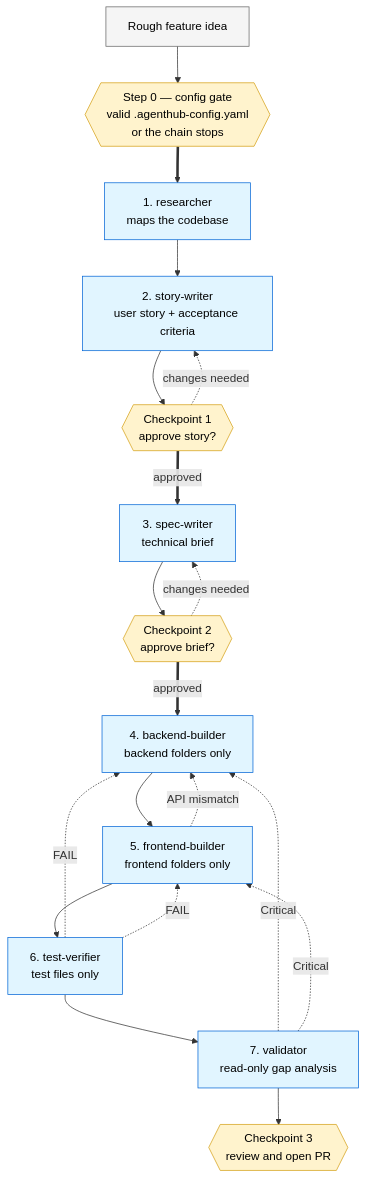
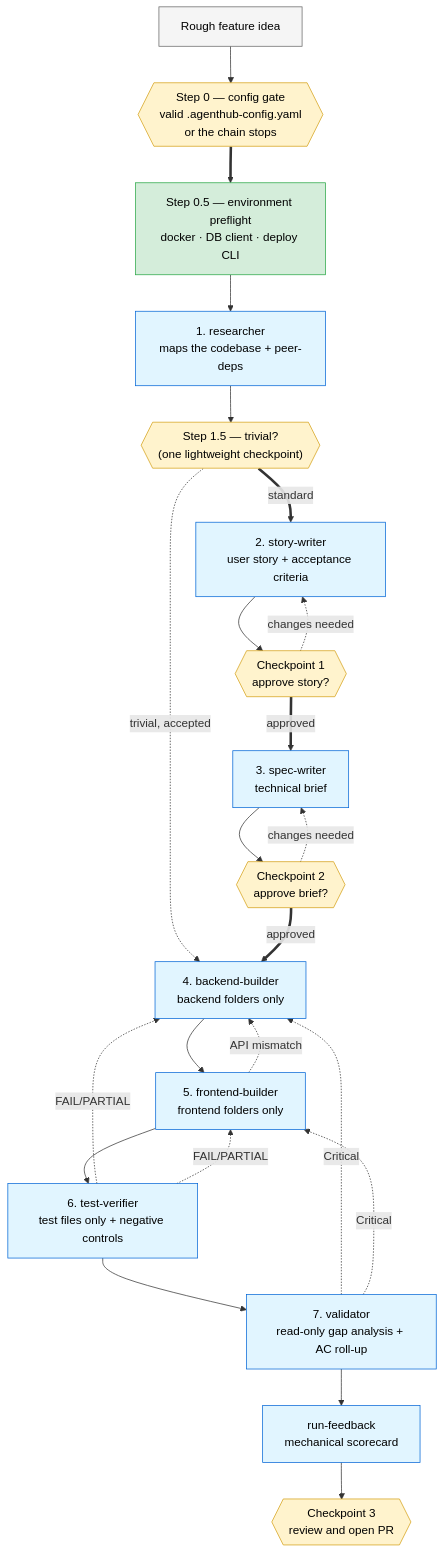
Before and after one commit to kpassoubady/agent-hub: the diagram in README.md, drawn with Mermaid. The commit also changed other lines of this file and 54 other files, not shown here.

First line of the commit message:
release: v0.15.0 — run-feedback, hub-improve, adaptive-engine wrapper, and retrospective closures (#9)

````diff
--- a/README.md
+++ b/README.md
@@ -42,36 +43,43 @@
 ```mermaid
 flowchart TD
     Idea[Rough feature idea]
     Idea --> G0{{"Step 0 — config gate<br/>valid .agenthub-config.yaml<br/>or the chain stops"}}
-    G0 ==> R[1. researcher<br/>maps the codebase]
-    R --> SW[2. story-writer<br/>user story + acceptance criteria]
+    G0 ==> PF["Step 0.5 — environment preflight<br/>docker · DB client · deploy CLI"]
+    PF --> R[1. researcher<br/>maps the codebase + peer-deps]
+    R --> Tier{{"Step 1.5 — trivial?<br/>(one lightweight checkpoint)"}}
+    Tier -.->|trivial, accepted| BE
+    Tier ==>|standard| SW[2. story-writer<br/>user story + acceptance criteria]
     SW --> CP1{{Checkpoint 1<br/>approve story?}}
     CP1 -.->|changes needed| SW
     CP1 ==>|approved| SP[3. spec-writer<br/>technical brief]
     SP --> CP2{{Checkpoint 2<br/>approve brief?}}
     CP2 -.->|changes needed| SP
     CP2 ==>|approved| BE[4. backend-builder<br/>backend folders only]
     BE --> FE[5. frontend-builder<br/>frontend folders only]
-    FE --> TV[6. test-verifier<br/>test files only]
-    TV --> V[7. validator<br/>read-only gap analysis]
-    V --> CP3{{Checkpoint 3<br/>review and open PR}}
+    FE --> TV[6. test-verifier<br/>test files only + negative controls]
+    TV --> V[7. validator<br/>read-only gap analysis + AC roll-up]
+    V --> RF[run-feedback<br/>mechanical scorecard]
+    RF --> CP3{{Checkpoint 3<br/>review and open PR}}
 
-    TV -.->|FAIL| BE
-    TV -.->|FAIL| FE
+    TV -.->|FAIL/PARTIAL| BE
+    TV -.->|FAIL/PARTIAL| FE
     V -.->|Critical| BE
     V -.->|Critical| FE
     FE -.->|API mismatch| BE
 
     style G0 fill:#fff3cd,stroke:#d4a017,color:#000
+    style PF fill:#d4edda,stroke:#28a745,color:#000
+    style Tier fill:#fff3cd,stroke:#d4a017,color:#000
     style Idea fill:#f5f5f5,stroke:#666,color:#000
     style R fill:#e1f5ff,stroke:#0366d6,color:#000
     style SW fill:#e1f5ff,stroke:#0366d6,color:#000
     style SP fill:#e1f5ff,stroke:#0366d6,color:#000
     style BE fill:#e1f5ff,stroke:#0366d6,color:#000
     style FE fill:#e1f5ff,stroke:#0366d6,color:#000
     style TV fill:#e1f5ff,stroke:#0366d6,color:#000
     style V fill:#e1f5ff,stroke:#0366d6,color:#000
+    style RF fill:#e1f5ff,stroke:#0366d6,color:#000
     style CP1 fill:#fff3cd,stroke:#d4a017,color:#000
     style CP2 fill:#fff3cd,stroke:#d4a017,color:#000
     style CP3 fill:#fff3cd,stroke:#d4a017,color:#000
 ```
````
